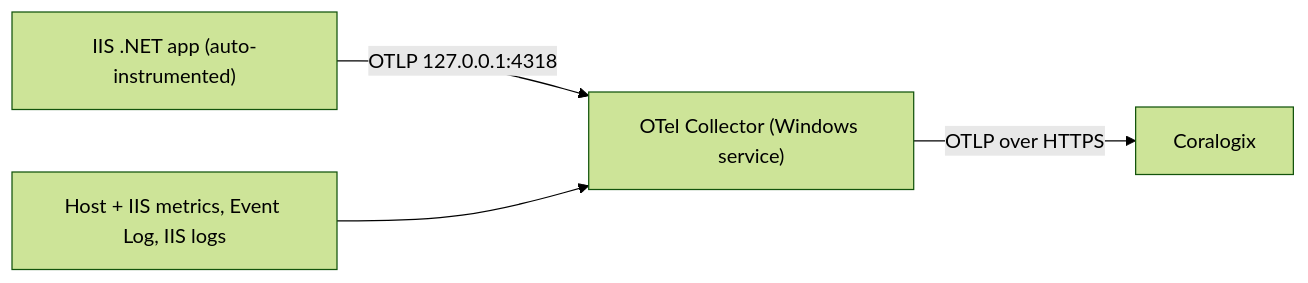
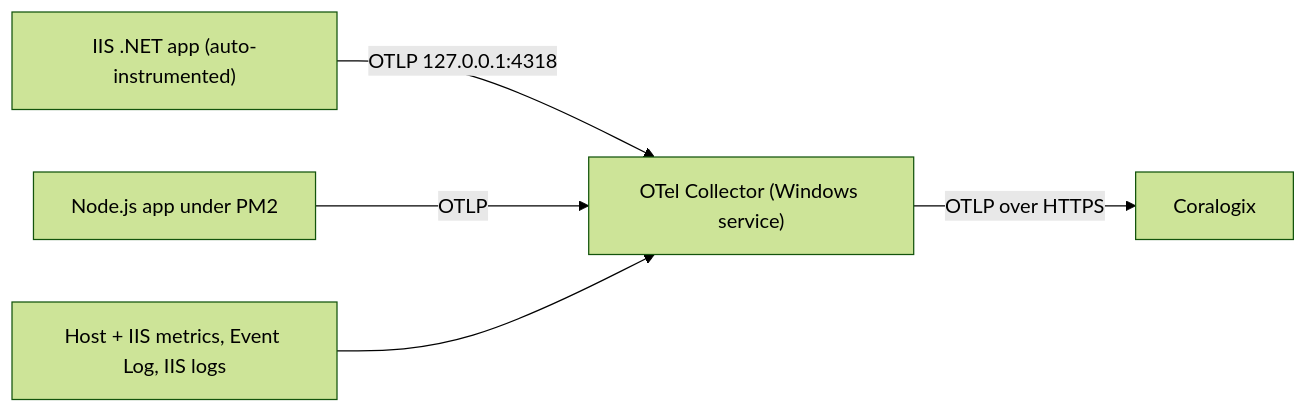
Before and after one commit to RomaLoginovskiy/otel_mass_deployment_windows: the diagram in README.md, drawn with Mermaid (forest theme). The commit also changed other lines of this file and 24 other files, not shown here.

````diff
--- a/README.md
+++ b/README.md
@@ -13,6 +13,7 @@
 ```mermaid
 flowchart LR
   A["IIS .NET app (auto-instrumented)"] -->|OTLP 127.0.0.1:4318| C["OTel Collector (Windows service)"]
+  N["Node.js app under PM2"] -->|OTLP| C
   H["Host + IIS metrics, Event Log, IIS logs"] --> C
   C -->|OTLP over HTTPS| X["Coralogix"]
 ```
````
